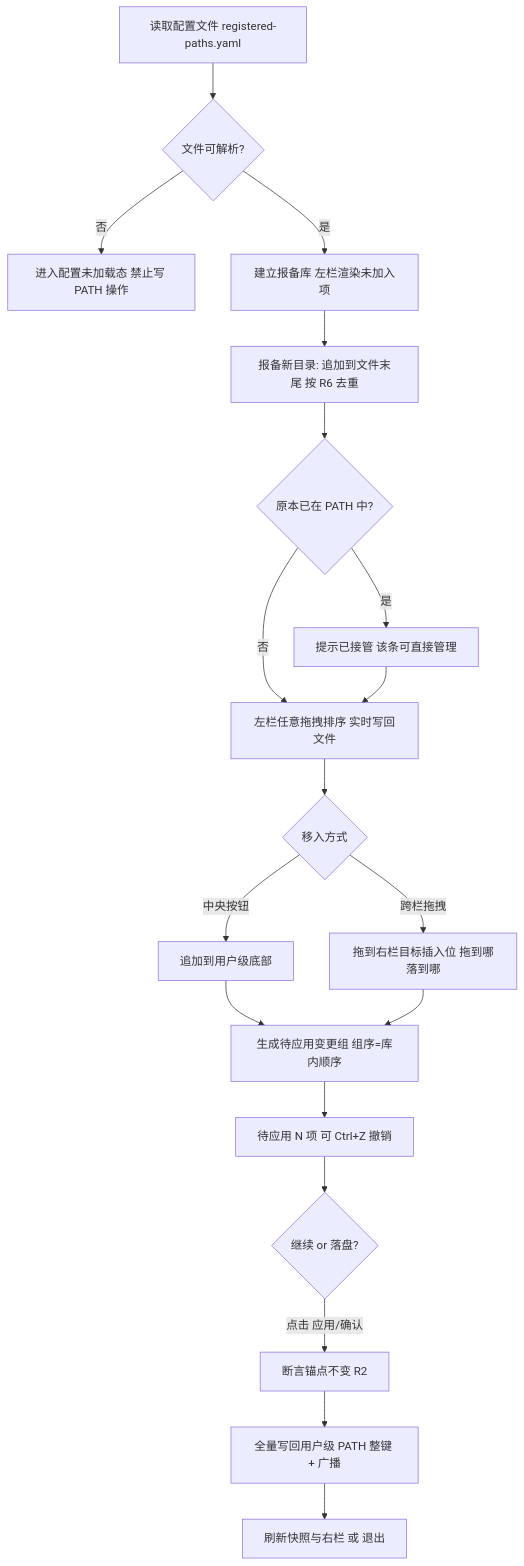
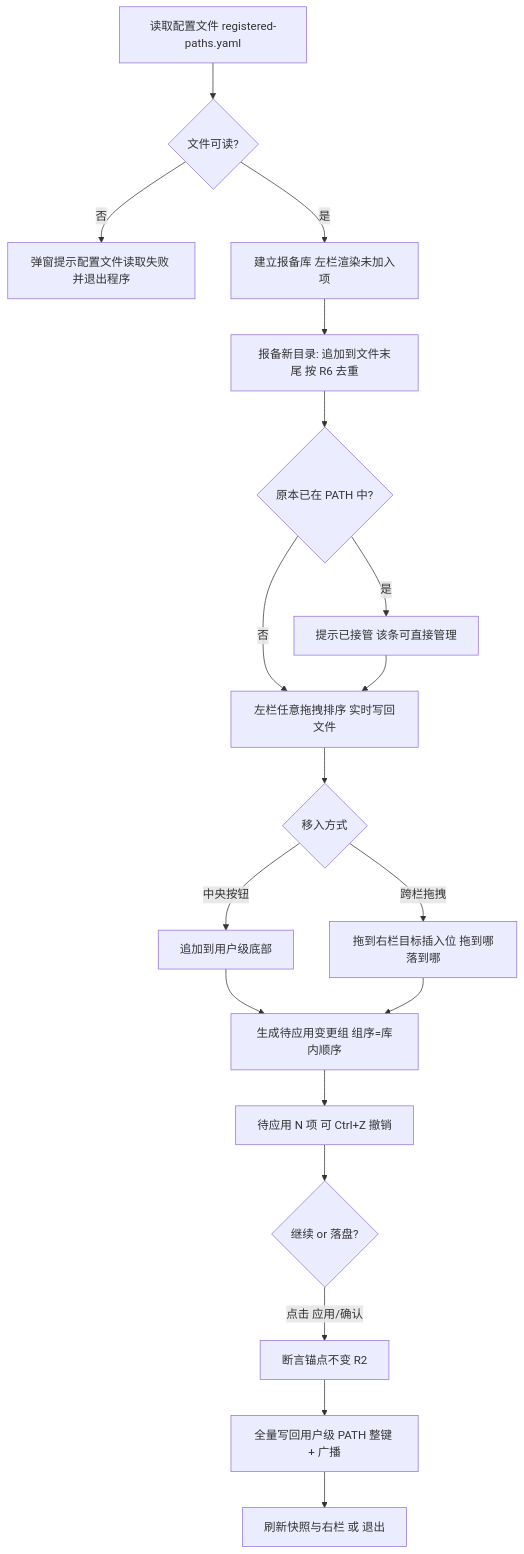
One commit to Adrts/tool2path changed the first of 8 diagrams in design/Design Doc.md. Above: the diagram before and after it, drawn with Mermaid. The commit also changed other lines of this file and 3 other files, not shown here.

````diff
--- a/design/Design Doc.md
+++ b/design/Design Doc.md
@@ -391,21 +391,21 @@
 ```mermaid
 flowchart TD
-  A[读取配置文件 registered-paths.yaml] --> B{文件可解析?}
-  B -- 否 --> B1[进入配置未加载态 禁止写 PATH 操作]
+  A[读取配置文件 registered-paths.yaml] --> B{文件可读?}
+  B -- 否 --> B1[弹窗提示配置文件读取失败 并退出程序]
   B -- 是 --> C[建立报备库 左栏渲染未加入项]
   C --> D[报备新目录: 追加到文件末尾 按 R6 去重]
   D --> D2{原本已在 PATH 中?}
   D2 -- 是 --> D3[提示已接管 该条可直接管理]
   D2 -- 否 --> E
   D3 --> E
   E[左栏任意拖拽排序 实时写回文件] --> F{移入方式}
   F -- 中央按钮 --> G[追加到用户级底部]
   F -- 跨栏拖拽 --> H[拖到右栏目标插入位 拖到哪落到哪]
   G --> I[生成待应用变更组 组序=库内顺序]
   H --> I
   I --> J[待应用 N 项 可 Ctrl+Z 撤销]
   J --> K{继续 or 落盘?}
   K -- 点击 应用/确认 --> L[断言锚点不变 R2]
   L --> M[全量写回用户级 PATH 整键 + 广播]
   M --> N[刷新快照与右栏 或 退出]
 ```
````
